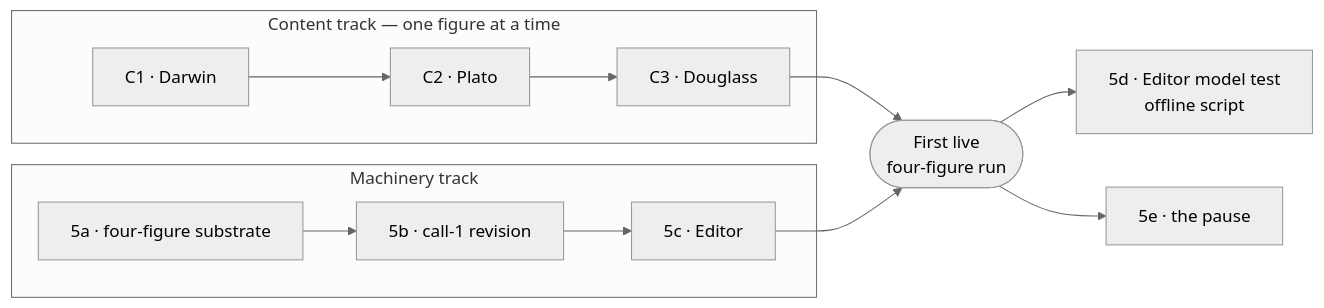
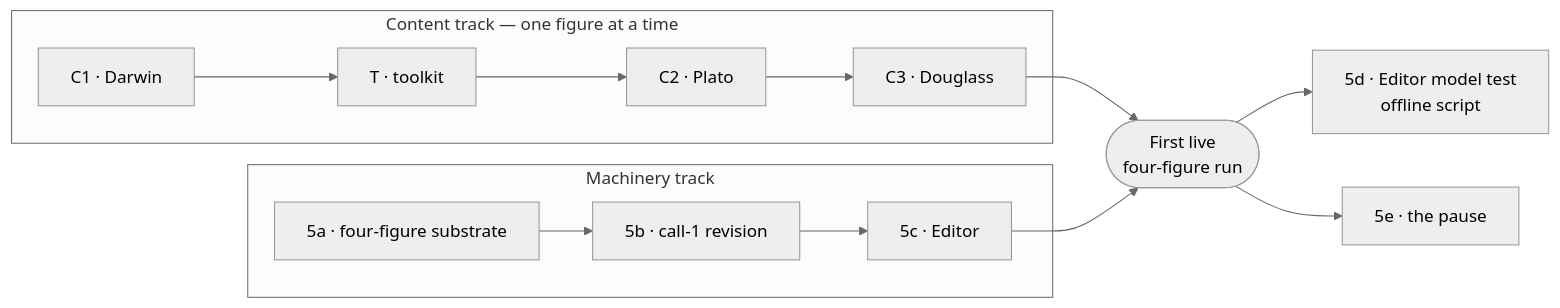
One commit to a-j-rz/agent-choir-studio-2 changed the second of 2 diagrams in docs/AGENT_CHOIR_V2_BUILD_PLAN.md. Above: the diagram before and after it, drawn with Mermaid (neutral theme). The commit also changed other lines of this file and 5 other files, not shown here.

First line of the commit message:
T docs: new-figure procedure and recipe standard; T recorded as done

````diff
--- a/docs/AGENT_CHOIR_V2_BUILD_PLAN.md
+++ b/docs/AGENT_CHOIR_V2_BUILD_PLAN.md
@@ -318,13 +318,13 @@
 ```mermaid
 flowchart LR
     subgraph Content["Content track — one figure at a time"]
-        C1["C1 · Darwin"] --> C2["C2 · Plato"] --> C3["C3 · Douglass"]
+        C1["C1 · Darwin"] --> TK["T · toolkit"] --> C2["C2 · Plato"] --> C3["C3 · Douglass"]
     end
     subgraph Machinery["Machinery track"]
         A["5a · four-figure substrate"] --> B["5b · call-1 revision"] --> E["5c · Editor"]
     end
     C3 --> RUN(["First live<br/>four-figure run"])
     E --> RUN
     RUN --> T["5d · Editor model test<br/>offline script"]
     RUN --> P["5e · the pause"]
 ```
````
